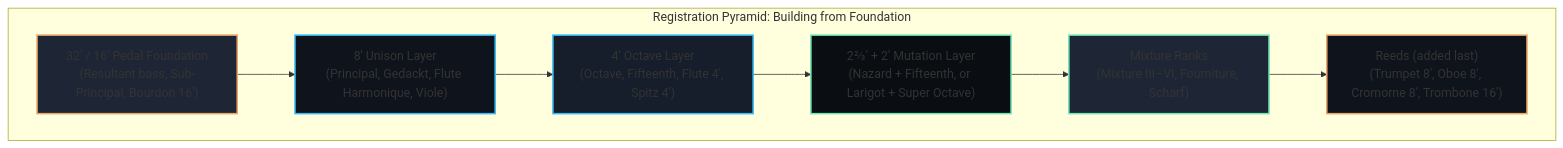
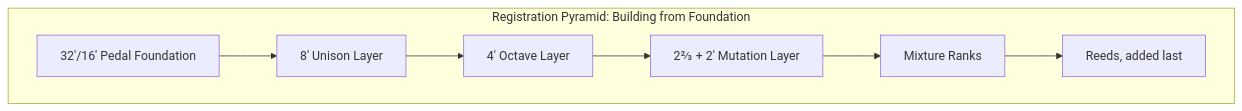
The fifth of 8 diagrams in topics/arts/music_performance/organ/lesson_01_organ_anatomy.md (blebleblee/synapse), drawn with Mermaid before and after one commit. The commit also changed other lines of this file and 4 other files, not shown here.

````diff
--- a/topics/arts/music_performance/organ/lesson_01_organ_anatomy.md
+++ b/topics/arts/music_performance/organ/lesson_01_organ_anatomy.md
@@ -275,20 +222,12 @@
 ```mermaid
 graph TD
     subgraph sub_tonal_pyramid ["Registration Pyramid: Building from Foundation"]
-        A["32' / 16' Pedal Foundation\n(Resultant bass, Sub-Principal, Bourdon 16')"]
-        B["8' Unison Layer\n(Principal, Gedackt, Flute Harmonique, Viole)"]
-        C["4' Octave Layer\n(Octave, Fifteenth, Flute 4', Spitz 4')"]
-        D["2⅔' + 2' Mutation Layer\n(Nazard + Fifteenth, or Larigot + Super Octave)"]
-        E["Mixture Ranks\n(Mixture III–VI, Fourniture, Scharf)"]
-        F["Reeds (added last)\n(Trumpet 8', Oboe 8', Cromorne 8', Trombone 16')"]
-
+        A["32'/16' Pedal Foundation"]
+        B["8' Unison Layer"]
+        C["4' Octave Layer"]
+        D["2⅔ + 2' Mutation Layer"]
+        E["Mixture Ranks"]
+        F["Reeds, added last"]
         A --> B --> C --> D --> E --> F
     end
-
-    style A fill:#1E2636,stroke:#E9A568,stroke-width:2px
-    style B fill:#0F131C,stroke:#38BDF8,stroke-width:2px
-    style C fill:#161D2B,stroke:#38BDF8,stroke-width:2px
-    style D fill:#0A0D12,stroke:#6EE7B7,stroke-width:2px
-    style E fill:#1E2636,stroke:#6EE7B7,stroke-width:2px
-    style F fill:#0F131C,stroke:#E9A568,stroke-width:2px
 ```
````
